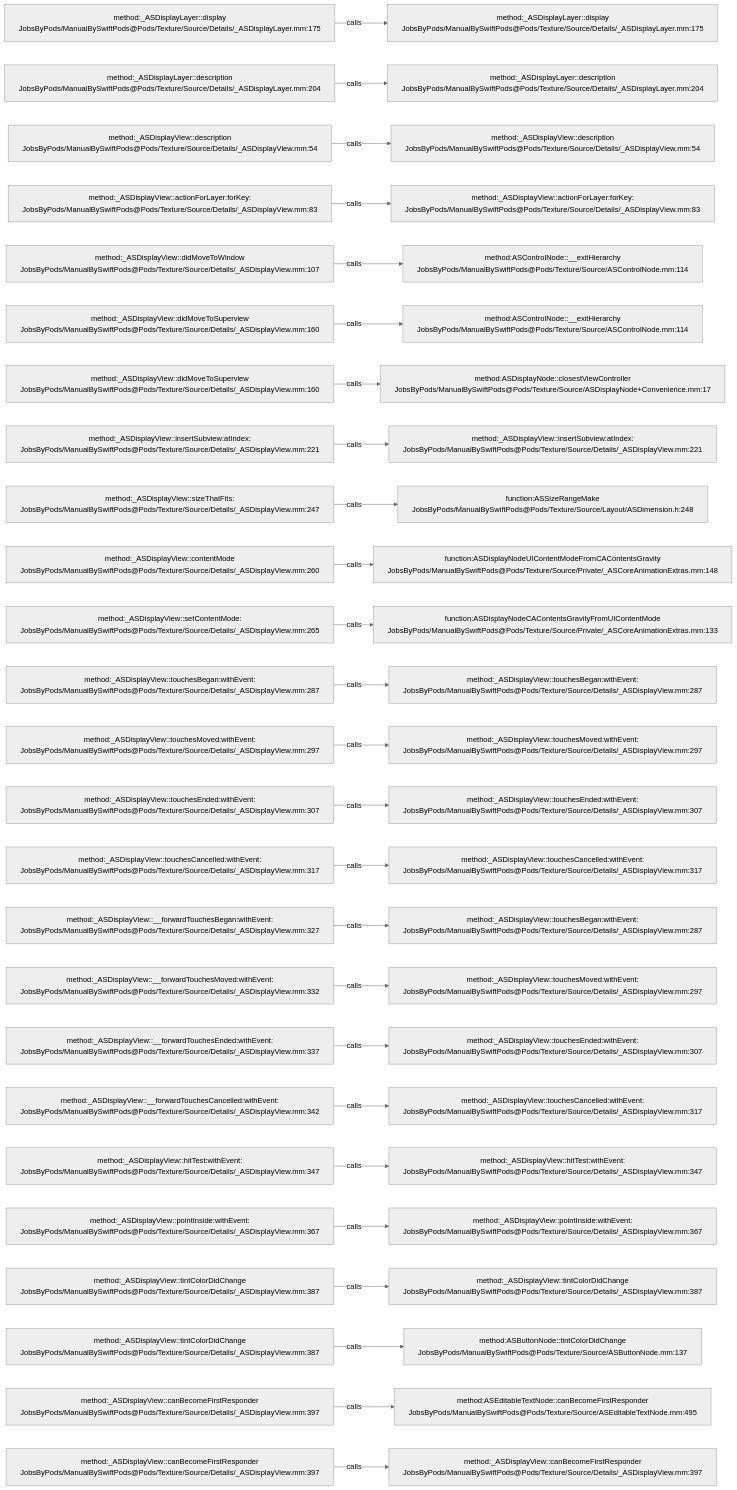
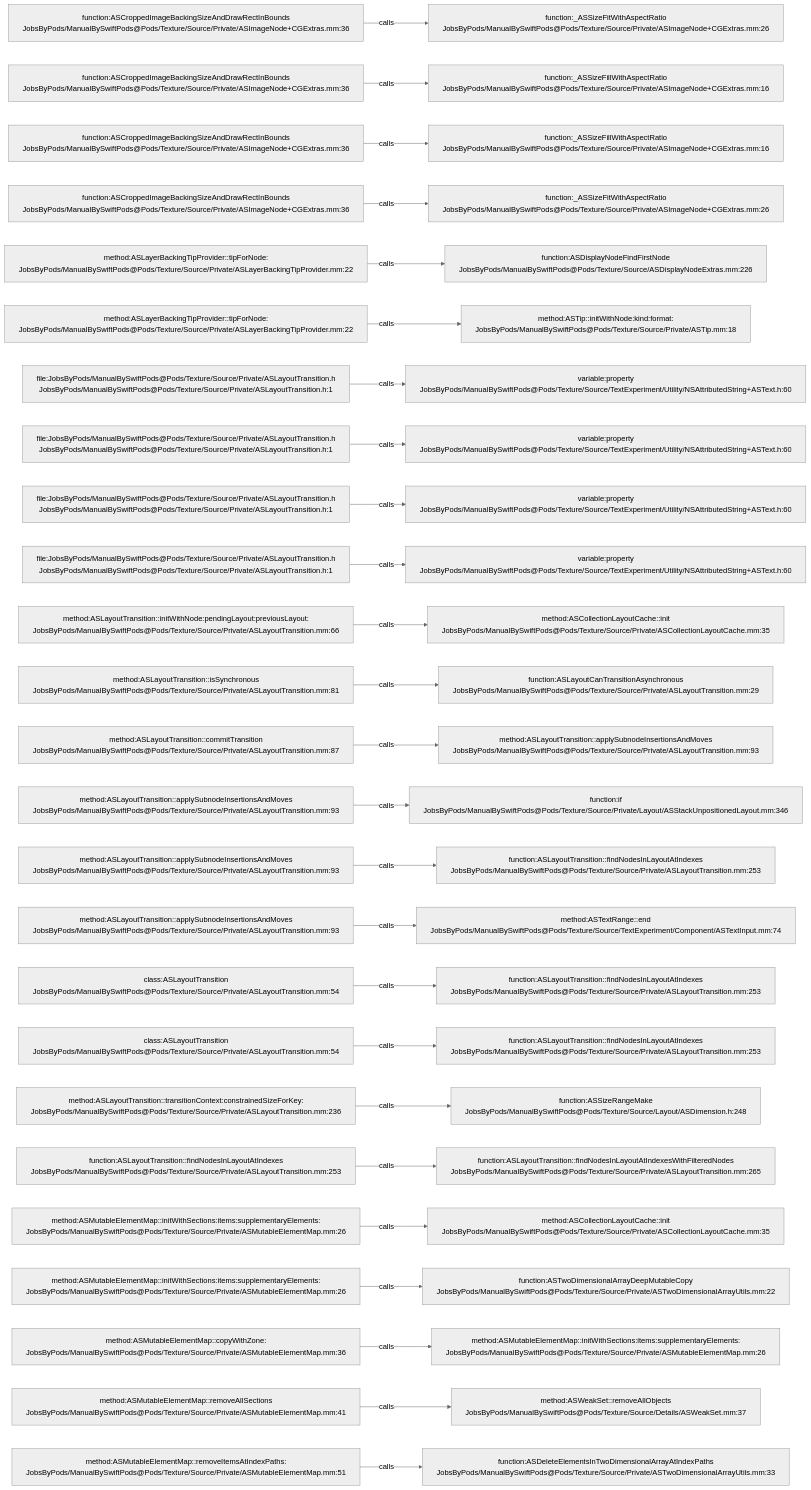
One commit to JobsKits/JobsSwiftBaseConfigDemo changed the diagram in .codegraph/codegraph.md/graphs/calls-121.md. Above: the diagram before and after it, drawn with Mermaid (neutral theme). The commit also changed 832 other files, not shown here.

````diff
--- a/.codegraph/codegraph.md/graphs/calls-121.md
+++ b/.codegraph/codegraph.md/graphs/calls-121.md
@@ -13,78 +13,78 @@
 ```mermaid
 flowchart LR
-  S1["method:_ASDisplayLayer::display<br/>JobsByPods/ManualBySwiftPods@Pods/Texture/Source/Details/_ASDisplayLayer.mm:175"]
-  T1["method:_ASDisplayLayer::display<br/>JobsByPods/ManualBySwiftPods@Pods/Texture/Source/Details/_ASDisplayLayer.mm:175"]
+  S1["function:ASCroppedImageBackingSizeAndDrawRectInBounds<br/>JobsByPods/ManualBySwiftPods@Pods/Texture/Source/Private/ASImageNode+CGExtras.mm:36"]
+  T1["function:_ASSizeFitWithAspectRatio<br/>JobsByPods/ManualBySwiftPods@Pods/Texture/Source/Private/ASImageNode+CGExtras.mm:26"]
   S1 -->|calls| T1
-  S2["method:_ASDisplayLayer::description<br/>JobsByPods/ManualBySwiftPods@Pods/Texture/Source/Details/_ASDisplayLayer.mm:204"]
-  T2["method:_ASDisplayLayer::description<br/>JobsByPods/ManualBySwiftPods@Pods/Texture/Source/Details/_ASDisplayLayer.mm:204"]
+  S2["function:ASCroppedImageBackingSizeAndDrawRectInBounds<br/>JobsByPods/ManualBySwiftPods@Pods/Texture/Source/Private/ASImageNode+CGExtras.mm:36"]
+  T2["function:_ASSizeFillWithAspectRatio<br/>JobsByPods/ManualBySwiftPods@Pods/Texture/Source/Private/ASImageNode+CGExtras.mm:16"]
   S2 -->|calls| T2
-  S3["method:_ASDisplayView::description<br/>JobsByPods/ManualBySwiftPods@Pods/Texture/Source/Details/_ASDisplayView.mm:54"]
-  T3["method:_ASDisplayView::description<br/>JobsByPods/ManualBySwiftPods@Pods/Texture/Source/Details/_ASDisplayView.mm:54"]
+  S3["function:ASCroppedImageBackingSizeAndDrawRectInBounds<br/>JobsByPods/ManualBySwiftPods@Pods/Texture/Source/Private/ASImageNode+CGExtras.mm:36"]
+  T3["function:_ASSizeFillWithAspectRatio<br/>JobsByPods/ManualBySwiftPods@Pods/Texture/Source/Private/ASImageNode+CGExtras.mm:16"]
   S3 -->|calls| T3
-  S4["method:_ASDisplayView::actionForLayer:forKey:<br/>JobsByPods/ManualBySwiftPods@Pods/Texture/Source/Details/_ASDisplayView.mm:83"]
-  T4["method:_ASDisplayView::actionForLayer:forKey:<br/>JobsByPods/ManualBySwiftPods@Pods/Texture/Source/Details/_ASDisplayView.mm:83"]
+  S4["function:ASCroppedImageBackingSizeAndDrawRectInBounds<br/>JobsByPods/ManualBySwiftPods@Pods/Texture/Source/Private/ASImageNode+CGExtras.mm:36"]
+  T4["function:_ASSizeFitWithAspectRatio<br/>JobsByPods/ManualBySwiftPods@Pods/Texture/Source/Private/ASImageNode+CGExtras.mm:26"]
   S4 -->|calls| T4
-  S5["method:_ASDisplayView::didMoveToWindow<br/>JobsByPods/ManualBySwiftPods@Pods/Texture/Source/Details/_ASDisplayView.mm:107"]
-  T5["method:ASControlNode::__exitHierarchy<br/>JobsByPods/ManualBySwiftPods@Pods/Texture/Source/ASControlNode.mm:114"]
+  S5["method:ASLayerBackingTipProvider::tipForNode:<br/>JobsByPods/ManualBySwiftPods@Pods/Texture/Source/Private/ASLayerBackingTipProvider.mm:22"]
+  T5["function:ASDisplayNodeFindFirstNode<br/>JobsByPods/ManualBySwiftPods@Pods/Texture/Source/ASDisplayNodeExtras.mm:226"]
   S5 -->|calls| T5
-  S6["method:_ASDisplayView::didMoveToSuperview<br/>JobsByPods/ManualBySwiftPods@Pods/Texture/Source/Details/_ASDisplayView.mm:160"]
-  T6["method:ASControlNode::__exitHierarchy<br/>JobsByPods/ManualBySwiftPods@Pods/Texture/Source/ASControlNode.mm:114"]
+  S6["method:ASLayerBackingTipProvider::tipForNode:<br/>JobsByPods/ManualBySwiftPods@Pods/Texture/Source/Private/ASLayerBackingTipProvider.mm:22"]
+  T6["method:ASTip::initWithNode:kind:format:<br/>JobsByPods/ManualBySwiftPods@Pods/Texture/Source/Private/ASTip.mm:18"]
   S6 -->|calls| T6
-  S7["method:_ASDisplayView::didMoveToSuperview<br/>JobsByPods/ManualBySwiftPods@Pods/Texture/Source/Details/_ASDisplayView.mm:160"]
-  T7["method:ASDisplayNode::closestViewController<br/>JobsByPods/ManualBySwiftPods@Pods/Texture/Source/ASDisplayNode+Convenience.mm:17"]
+  S7["file:JobsByPods/ManualBySwiftPods@Pods/Texture/Source/Private/ASLayoutTransition.h<br/>JobsByPods/ManualBySwiftPods@Pods/Texture/Source/Private/ASLayoutTransition.h:1"]
+  T7["variable:property<br/>JobsByPods/ManualBySwiftPods@Pods/Texture/Source/TextExperiment/Utility/NSAttributedString+ASText.h:60"]
   S7 -->|calls| T7
-  S8["method:_ASDisplayView::insertSubview:atIndex:<br/>JobsByPods/ManualBySwiftPods@Pods/Texture/Source/Details/_ASDisplayView.mm:221"]
-  T8["method:_ASDisplayView::insertSubview:atIndex:<br/>JobsByPods/ManualBySwiftPods@Pods/Texture/Source/Details/_ASDisplayView.mm:221"]
+  S8["file:JobsByPods/ManualBySwiftPods@Pods/Texture/Source/Private/ASLayoutTransition.h<br/>JobsByPods/ManualBySwiftPods@Pods/Texture/Source/Private/ASLayoutTransition.h:1"]
+  T8["variable:property<br/>JobsByPods/ManualBySwiftPods@Pods/Texture/Source/TextExperiment/Utility/NSAttributedString+ASText.h:60"]
   S8 -->|calls| T8
-  S9["method:_ASDisplayView::sizeThatFits:<br/>JobsByPods/ManualBySwiftPods@Pods/Texture/Source/Details/_ASDisplayView.mm:247"]
-  T9["function:ASSizeRangeMake<br/>JobsByPods/ManualBySwiftPods@Pods/Texture/Source/Layout/ASDimension.h:248"]
+  S9["file:JobsByPods/ManualBySwiftPods@Pods/Texture/Source/Private/ASLayoutTransition.h<br/>JobsByPods/ManualBySwiftPods@Pods/Texture/Source/Private/ASLayoutTransition.h:1"]
+  T9["variable:property<br/>JobsByPods/ManualBySwiftPods@Pods/Texture/Source/TextExperiment/Utility/NSAttributedString+ASText.h:60"]
   S9 -->|calls| T9
-  S10["method:_ASDisplayView::contentMode<br/>JobsByPods/ManualBySwiftPods@Pods/Texture/Source/Details/_ASDisplayView.mm:260"]
-  T10["function:ASDisplayNodeUIContentModeFromCAContentsGravity<br/>JobsByPods/ManualBySwiftPods@Pods/Texture/Source/Private/_ASCoreAnimationExtras.mm:148"]
+  S10["file:JobsByPods/ManualBySwiftPods@Pods/Texture/Source/Private/ASLayoutTransition.h<br/>JobsByPods/ManualBySwiftPods@Pods/Texture/Source/Private/ASLayoutTransition.h:1"]
+  T10["variable:property<br/>JobsByPods/ManualBySwiftPods@Pods/Texture/Source/TextExperiment/Utility/NSAttributedString+ASText.h:60"]
   S10 -->|calls| T10
-  S11["method:_ASDisplayView::setContentMode:<br/>JobsByPods/ManualBySwiftPods@Pods/Texture/Source/Details/_ASDisplayView.mm:265"]
-  T11["function:ASDisplayNodeCAContentsGravityFromUIContentMode<br/>JobsByPods/ManualBySwiftPods@Pods/Texture/Source/Private/_ASCoreAnimationExtras.mm:133"]
+  S11["method:ASLayoutTransition::initWithNode:pendingLayout:previousLayout:<br/>JobsByPods/ManualBySwiftPods@Pods/Texture/Source/Private/ASLayoutTransition.mm:66"]
+  T11["method:ASCollectionLayoutCache::init<br/>JobsByPods/ManualBySwiftPods@Pods/Texture/Source/Private/ASCollectionLayoutCache.mm:35"]
   S11 -->|calls| T11
-  S12["method:_ASDisplayView::touchesBegan:withEvent:<br/>JobsByPods/ManualBySwiftPods@Pods/Texture/Source/Details/_ASDisplayView.mm:287"]
-  T12["method:_ASDisplayView::touchesBegan:withEvent:<br/>JobsByPods/ManualBySwiftPods@Pods/Texture/Source/Details/_ASDisplayView.mm:287"]
+  S12["method:ASLayoutTransition::isSynchronous<br/>JobsByPods/ManualBySwiftPods@Pods/Texture/Source/Private/ASLayoutTransition.mm:81"]
+  T12["function:ASLayoutCanTransitionAsynchronous<br/>JobsByPods/ManualBySwiftPods@Pods/Texture/Source/Private/ASLayoutTransition.mm:29"]
   S12 -->|calls| T12
-  S13["method:_ASDisplayView::touchesMoved:withEvent:<br/>JobsByPods/ManualBySwiftPods@Pods/Texture/Source/Details/_ASDisplayView.mm:297"]
-  T13["method:_ASDisplayView::touchesMoved:withEvent:<br/>JobsByPods/ManualBySwiftPods@Pods/Texture/Source/Details/_ASDisplayView.mm:297"]
+  S13["method:ASLayoutTransition::commitTransition<br/>JobsByPods/ManualBySwiftPods@Pods/Texture/Source/Private/ASLayoutTransition.mm:87"]
+  T13["method:ASLayoutTransition::applySubnodeInsertionsAndMoves<br/>JobsByPods/ManualBySwiftPods@Pods/Texture/Source/Private/ASLayoutTransition.mm:93"]
   S13 -->|calls| T13
-  S14["method:_ASDisplayView::touchesEnded:withEvent:<br/>JobsByPods/ManualBySwiftPods@Pods/Texture/Source/Details/_ASDisplayView.mm:307"]
-  T14["method:_ASDisplayView::touchesEnded:withEvent:<br/>JobsByPods/ManualBySwiftPods@Pods/Texture/Source/Details/_ASDisplayView.mm:307"]
+  S14["method:ASLayoutTransition::applySubnodeInsertionsAndMoves<br/>JobsByPods/ManualBySwiftPods@Pods/Texture/Source/Private/ASLayoutTransition.mm:93"]
+  T14["function:if<br/>JobsByPods/ManualBySwiftPods@Pods/Texture/Source/Private/Layout/ASStackUnpositionedLayout.mm:346"]
   S14 -->|calls| T14
-  S15["method:_ASDisplayView::touchesCancelled:withEvent:<br/>JobsByPods/ManualBySwiftPods@Pods/Texture/Source/Details/_ASDisplayView.mm:317"]
-  T15["method:_ASDisplayView::touchesCancelled:withEvent:<br/>JobsByPods/ManualBySwiftPods@Pods/Texture/Source/Details/_ASDisplayView.mm:317"]
+  S15["method:ASLayoutTransition::applySubnodeInsertionsAndMoves<br/>JobsByPods/ManualBySwiftPods@Pods/Texture/Source/Private/ASLayoutTransition.mm:93"]
+  T15["function:ASLayoutTransition::findNodesInLayoutAtIndexes<br/>JobsByPods/ManualBySwiftPods@Pods/Texture/Source/Private/ASLayoutTransition.mm:253"]
   S15 -->|calls| T15
-  S16["method:_ASDisplayView::__forwardTouchesBegan:withEvent:<br/>JobsByPods/ManualBySwiftPods@Pods/Texture/Source/Details/_ASDisplayView.mm:327"]
-  T16["method:_ASDisplayView::touchesBegan:withEvent:<br/>JobsByPods/ManualBySwiftPods@Pods/Texture/Source/Details/_ASDisplayView.mm:287"]
+  S16["method:ASLayoutTransition::applySubnodeInsertionsAndMoves<br/>JobsByPods/ManualBySwiftPods@Pods/Texture/Source/Private/ASLayoutTransition.mm:93"]
+  T16["method:ASTextRange::end<br/>JobsByPods/ManualBySwiftPods@Pods/Texture/Source/TextExperiment/Component/ASTextInput.mm:74"]
   S16 -->|calls| T16
-  S17["method:_ASDisplayView::__forwardTouchesMoved:withEvent:<br/>JobsByPods/ManualBySwiftPods@Pods/Texture/Source/Details/_ASDisplayView.mm:332"]
-  T17["method:_ASDisplayView::touchesMoved:withEvent:<br/>JobsByPods/ManualBySwiftPods@Pods/Texture/Source/Details/_ASDisplayView.mm:297"]
+  S17["class:ASLayoutTransition<br/>JobsByPods/ManualBySwiftPods@Pods/Texture/Source/Private/ASLayoutTransition.mm:54"]
+  T17["function:ASLayoutTransition::findNodesInLayoutAtIndexes<br/>JobsByPods/ManualBySwiftPods@Pods/Texture/Source/Private/ASLayoutTransition.mm:253"]
   S17 -->|calls| T17
-  S18["method:_ASDisplayView::__forwardTouchesEnded:withEvent:<br/>JobsByPods/ManualBySwiftPods@Pods/Texture/Source/Details/_ASDisplayView.mm:337"]
-  T18["method:_ASDisplayView::touchesEnded:withEvent:<br/>JobsByPods/ManualBySwiftPods@Pods/Texture/Source/Details/_ASDisplayView.mm:307"]
+  S18["class:ASLayoutTransition<br/>JobsByPods/ManualBySwiftPods@Pods/Texture/Source/Private/ASLayoutTransition.mm:54"]
+  T18["function:ASLayoutTransition::findNodesInLayoutAtIndexes<br/>JobsByPods/ManualBySwiftPods@Pods/Texture/Source/Private/ASLayoutTransition.mm:253"]
   S18 -->|calls| T18
-  S19["method:_ASDisplayView::__forwardTouchesCancelled:withEvent:<br/>JobsByPods/ManualBySwiftPods@Pods/Texture/Source/Details/_ASDisplayView.mm:342"]
-  T19["method:_ASDisplayView::touchesCancelled:withEvent:<br/>JobsByPods/ManualBySwiftPods@Pods/Texture/Source/Details/_ASDisplayView.mm:317"]
+  S19["method:ASLayoutTransition::transitionContext:constrainedSizeForKey:<br/>JobsByPods/ManualBySwiftPods@Pods/Texture/Source/Private/ASLayoutTransition.mm:236"]
+  T19["function:ASSizeRangeMake<br/>JobsByPods/ManualBySwiftPods@Pods/Texture/Source/Layout/ASDimension.h:248"]
   S19 -->|calls| T19
-  S20["method:_ASDisplayView::hitTest:withEvent:<br/>JobsByPods/ManualBySwiftPods@Pods/Texture/Source/Details/_ASDisplayView.mm:347"]
-  T20["method:_ASDisplayView::hitTest:withEvent:<br/>JobsByPods/ManualBySwiftPods@Pods/Texture/Source/Details/_ASDisplayView.mm:347"]
+  S20["function:ASLayoutTransition::findNodesInLayoutAtIndexes<br/>JobsByPods/ManualBySwiftPods@Pods/Texture/Source/Private/ASLayoutTransition.mm:253"]
+  T20["function:ASLayoutTransition::findNodesInLayoutAtIndexesWithFilteredNodes<br/>JobsByPods/ManualBySwiftPods@Pods/Texture/Source/Private/ASLayoutTransition.mm:265"]
   S20 -->|calls| T20
-  S21["method:_ASDisplayView::pointInside:withEvent:<br/>JobsByPods/ManualBySwiftPods@Pods/Texture/Source/Details/_ASDisplayView.mm:367"]
-  T21["method:_ASDisplayView::pointInside:withEvent:<br/>JobsByPods/ManualBySwiftPods@Pods/Texture/Source/Details/_ASDisplayView.mm:367"]
+  S21["method:ASMutableElementMap::initWithSections:items:supplementaryElements:<br/>JobsByPods/ManualBySwiftPods@Pods/Texture/Source/Private/ASMutableElementMap.mm:26"]
+  T21["method:ASCollectionLayoutCache::init<br/>JobsByPods/ManualBySwiftPods@Pods/Texture/Source/Private/ASCollectionLayoutCache.mm:35"]
   S21 -->|calls| T21
-  S22["method:_ASDisplayView::tintColorDidChange<br/>JobsByPods/ManualBySwiftPods@Pods/Texture/Source/Details/_ASDisplayView.mm:387"]
-  T22["method:_ASDisplayView::tintColorDidChange<br/>JobsByPods/ManualBySwiftPods@Pods/Texture/Source/Details/_ASDisplayView.mm:387"]
+  S22["method:ASMutableElementMap::initWithSections:items:supplementaryElements:<br/>JobsByPods/ManualBySwiftPods@Pods/Texture/Source/Private/ASMutableElementMap.mm:26"]
+  T22["function:ASTwoDimensionalArrayDeepMutableCopy<br/>JobsByPods/ManualBySwiftPods@Pods/Texture/Source/Private/ASTwoDimensionalArrayUtils.mm:22"]
   S22 -->|calls| T22
-  S23["method:_ASDisplayView::tintColorDidChange<br/>JobsByPods/ManualBySwiftPods@Pods/Texture/Source/Details/_ASDisplayView.mm:387"]
-  T23["method:ASButtonNode::tintColorDidChange<br/>JobsByPods/ManualBySwiftPods@Pods/Texture/Source/ASButtonNode.mm:137"]
+  S23["method:ASMutableElementMap::copyWithZone:<br/>JobsByPods/ManualBySwiftPods@Pods/Texture/Source/Private/ASMutableElementMap.mm:36"]
+  T23["method:ASMutableElementMap::initWithSections:items:supplementaryElements:<br/>JobsByPods/ManualBySwiftPods@Pods/Texture/Source/Private/ASMutableElementMap.mm:26"]
   S23 -->|calls| T23
-  S24["method:_ASDisplayView::canBecomeFirstResponder<br/>JobsByPods/ManualBySwiftPods@Pods/Texture/Source/Details/_ASDisplayView.mm:397"]
-  T24["method:ASEditableTextNode::canBecomeFirstResponder<br/>JobsByPods/ManualBySwiftPods@Pods/Texture/Source/ASEditableTextNode.mm:495"]
+  S24["method:ASMutableElementMap::removeAllSections<br/>JobsByPods/ManualBySwiftPods@Pods/Texture/Source/Private/ASMutableElementMap.mm:41"]
+  T24["method:ASWeakSet::removeAllObjects<br/>JobsByPods/ManualBySwiftPods@Pods/Texture/Source/Details/ASWeakSet.mm:37"]
   S24 -->|calls| T24
-  S25["method:_ASDisplayView::canBecomeFirstResponder<br/>JobsByPods/ManualBySwiftPods@Pods/Texture/Source/Details/_ASDisplayView.mm:397"]
-  T25["method:_ASDisplayView::canBecomeFirstResponder<br/>JobsByPods/ManualBySwiftPods@Pods/Texture/Source/Details/_ASDisplayView.mm:397"]
+  S25["method:ASMutableElementMap::removeItemsAtIndexPaths:<br/>JobsByPods/ManualBySwiftPods@Pods/Texture/Source/Private/ASMutableElementMap.mm:51"]
+  T25["function:ASDeleteElementsInTwoDimensionalArrayAtIndexPaths<br/>JobsByPods/ManualBySwiftPods@Pods/Texture/Source/Private/ASTwoDimensionalArrayUtils.mm:33"]
   S25 -->|calls| T25
 ```
````
